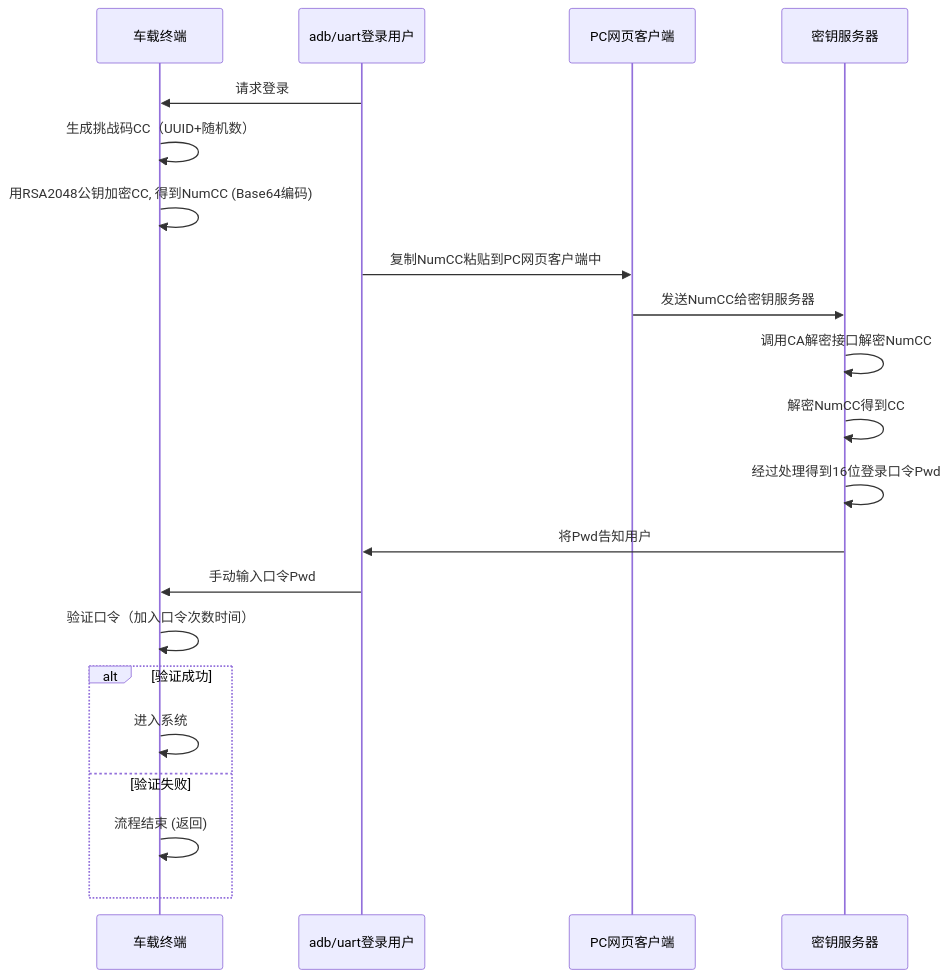
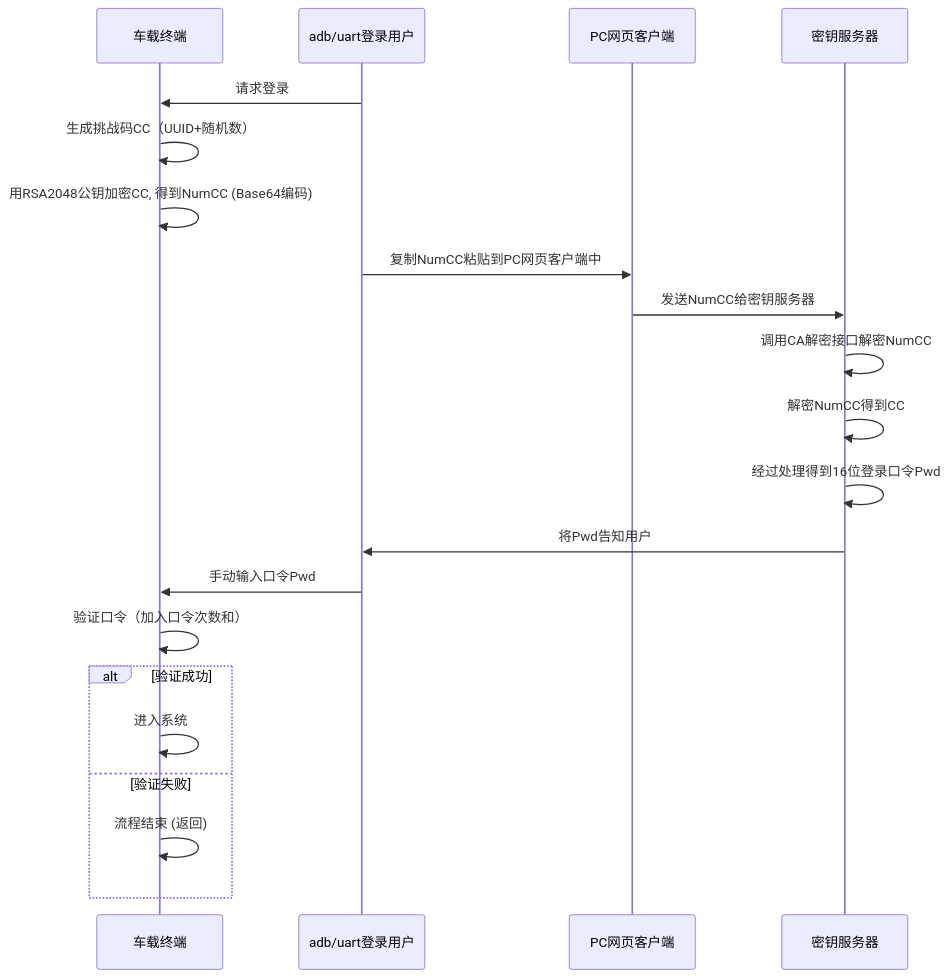
The diagram in all/未命名-14.md (facebook-cloud/iodraw-files), drawn with Mermaid before and after one commit.

Commit message:
2026-02-03 13:31:26 update

````diff
--- a/all/未命名-14.md
+++ b/all/未命名-14.md
@@ -1,27 +1,27 @@
 ```mermaid
 sequenceDiagram
     participant tbox as 车载终端
     participant user as adb/uart登录用户
     participant pc as PC网页客户端
     participant tech_center as 密钥服务器
   
 
     user->>tbox: 请求登录
     tbox->>tbox: 生成挑战码CC（UUID+随机数）
     tbox->>tbox: 用RSA2048公钥加密CC, 得到NumCC (Base64编码)
     user->>pc: 复制NumCC粘贴到PC网页客户端中
     pc->>tech_center: 发送NumCC给密钥服务器
     tech_center->>tech_center: 调用CA解密接口解密NumCC
     tech_center->>tech_center: 解密NumCC得到CC
     tech_center->>tech_center: 经过处理得到16位登录口令Pwd
     tech_center->>user: 将Pwd告知用户
     user->>tbox: 手动输入口令Pwd
-    tbox->>tbox: 验证口令（加入口令次数时间）
+    tbox->>tbox: 验证口令（加入口令次数和）
     alt 验证成功
         tbox->>tbox: 进入系统
     else 验证失败
         tbox->>tbox: 流程结束 (返回)
     end
 
 
 ```
````
